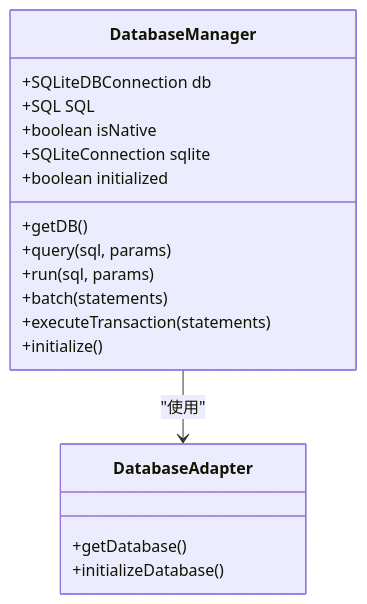
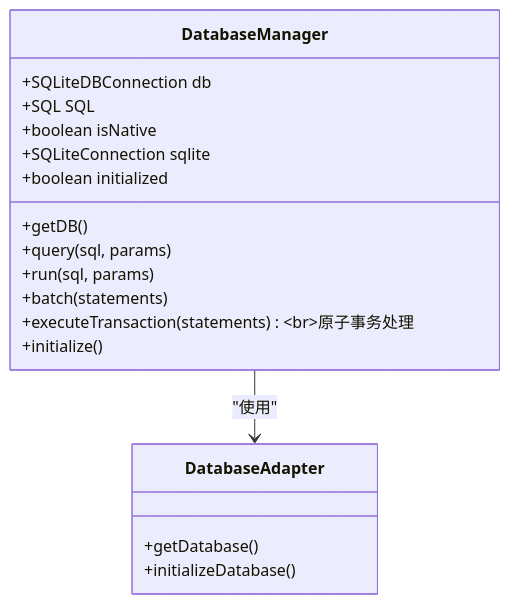
Before and after one commit to xiao-lin-unit/yuan: the sixth of 8 diagrams in .qoder/repowiki/zh/content/账户管理/余额调整功能.md, drawn with Mermaid. The commit also changed other lines of this file and 10 other files, not shown here.

````diff
--- a/.qoder/repowiki/zh/content/账户管理/余额调整功能.md
+++ b/.qoder/repowiki/zh/content/账户管理/余额调整功能.md
@@ -241,21 +252,21 @@
 ```mermaid
 classDiagram
 class DatabaseManager {
 +SQLiteDBConnection db
 +SQL SQL
 +boolean isNative
 +SQLiteConnection sqlite
 +boolean initialized
 +getDB()
 +query(sql, params)
 +run(sql, params)
 +batch(statements)
-+executeTransaction(statements)
++executeTransaction(statements)<br/>原子事务处理
 +initialize()
 }
 class DatabaseAdapter {
 +getDatabase()
 +initializeDatabase()
 }
 DatabaseManager --> DatabaseAdapter : "使用"
 ```
````
